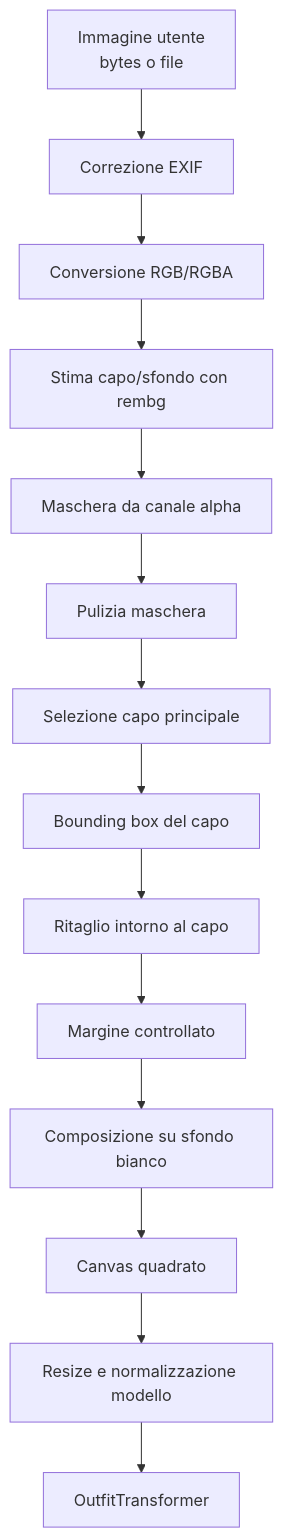
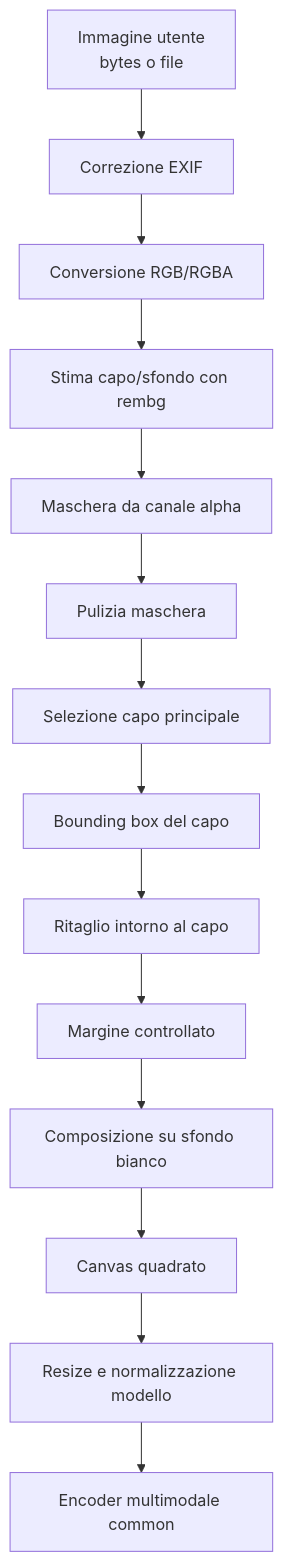
One commit to FlorindoDev/OutfitTransformer changed the diagram in preprocessing/README.md. Above: the diagram before and after it, drawn with Mermaid. The commit also changed other lines of this file and 25 other files, not shown here.

First line of the commit message:
refactor(model)!: remove common transformer

````diff
--- a/preprocessing/README.md
+++ b/preprocessing/README.md
@@ -29,16 +29,16 @@
 ```mermaid
 flowchart TD
     A["Immagine utente<br/>bytes o file"] --> B["Correzione EXIF"]
     B --> C["Conversione RGB/RGBA"]
     C --> D["Stima capo/sfondo con rembg"]
     D --> E["Maschera da canale alpha"]
     E --> F["Pulizia maschera"]
     F --> G["Selezione capo principale"]
     G --> H["Bounding box del capo"]
     H --> I["Ritaglio intorno al capo"]
     I --> J["Margine controllato"]
     J --> K["Composizione su sfondo bianco"]
     K --> L["Canvas quadrato"]
     L --> M["Resize e normalizzazione modello"]
-    M --> N["OutfitTransformer"]
+    M --> N["Encoder multimodale common"]
 ```
````
